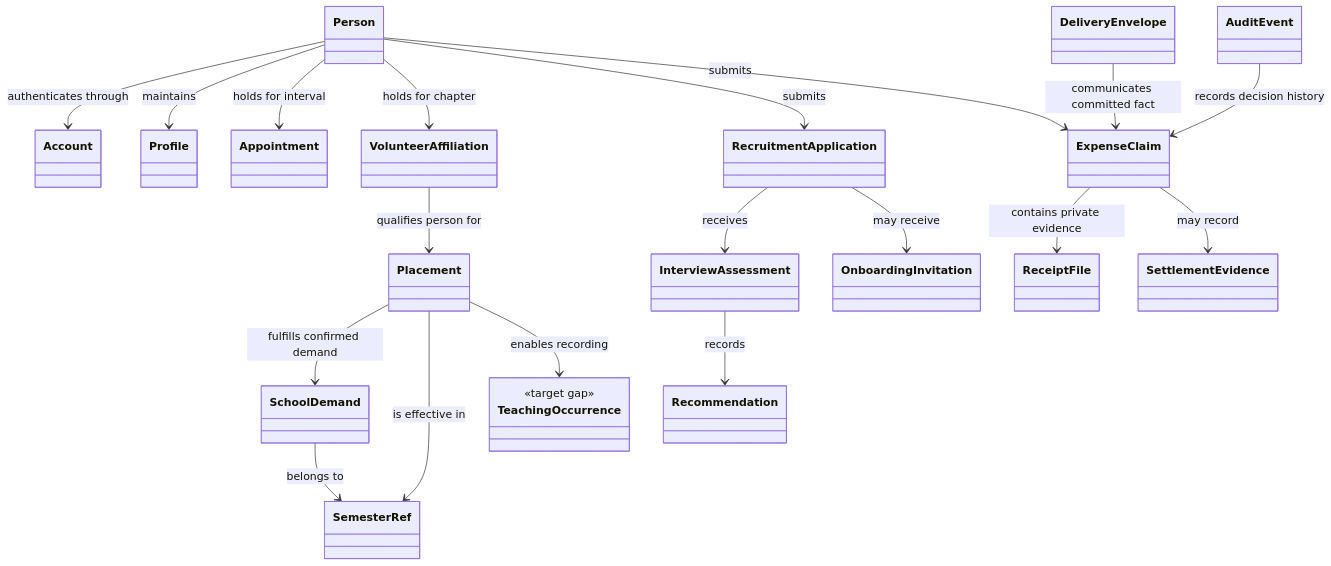
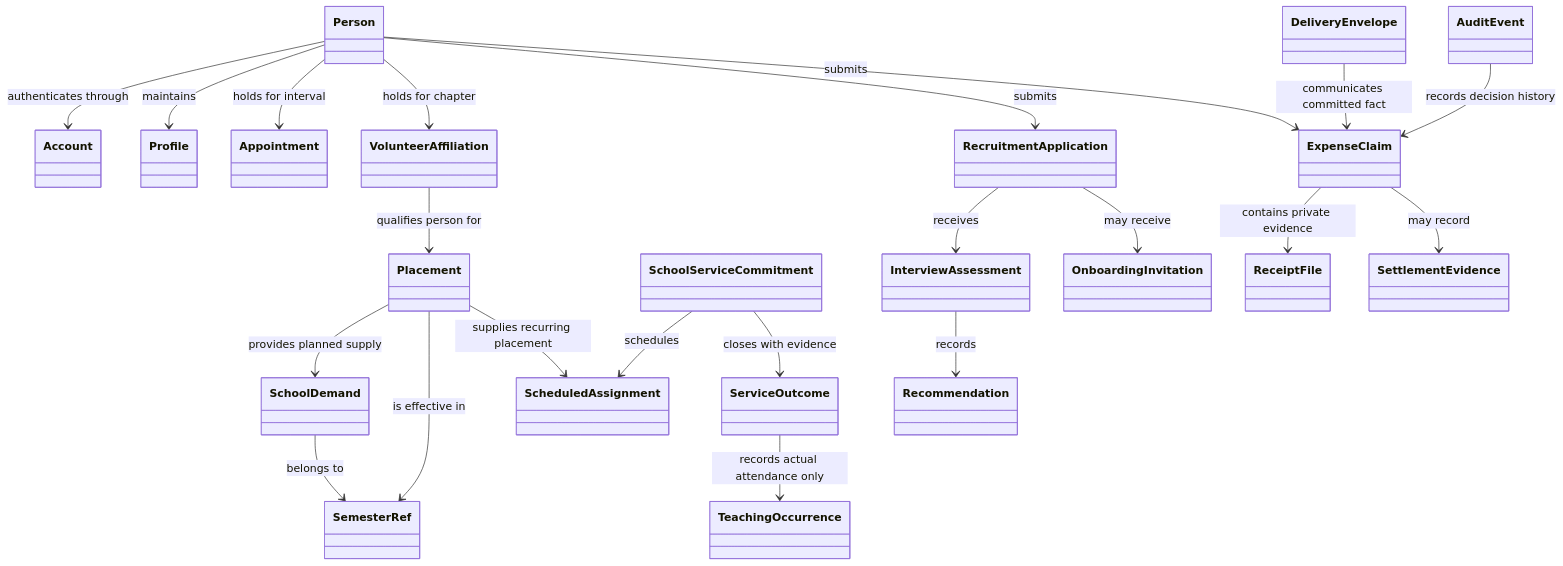
One commit to vektorprogrammet/mono-web changed the third of 13 diagrams in docs/enterprise-models.md. Above: the diagram before and after it, drawn with Mermaid. The commit also changed other lines of this file and 995 other files, not shown here.

````diff
--- a/docs/enterprise-models.md
+++ b/docs/enterprise-models.md
@@ -103,42 +103,46 @@
 ```mermaid
 classDiagram
   class Person
   class Account
   class Profile
   class Appointment
   class VolunteerAffiliation
   class Placement
   class SemesterRef
   class SchoolDemand
-  class TeachingOccurrence {
-    <<target gap>>
-  }
+  class SchoolServiceCommitment
+  class ScheduledAssignment
+  class ServiceOutcome
+  class TeachingOccurrence
   class RecruitmentApplication
   class InterviewAssessment
   class Recommendation
   class OnboardingInvitation
   class ExpenseClaim
   class ReceiptFile
   class SettlementEvidence
   class DeliveryEnvelope
   class AuditEvent
 
   Person --> Account : authenticates through
   Person --> Profile : maintains
   Person --> Appointment : holds for interval
   Person --> VolunteerAffiliation : holds for chapter
   VolunteerAffiliation --> Placement : qualifies person for
-  Placement --> SchoolDemand : fulfills confirmed demand
+  Placement --> SchoolDemand : provides planned supply
   Placement --> SemesterRef : is effective in
   SchoolDemand --> SemesterRef : belongs to
-  Placement --> TeachingOccurrence : enables recording
+  Placement --> ScheduledAssignment : supplies recurring placement
+  SchoolServiceCommitment --> ScheduledAssignment : schedules
+  SchoolServiceCommitment --> ServiceOutcome : closes with evidence
+  ServiceOutcome --> TeachingOccurrence : records actual attendance only
   Person --> RecruitmentApplication : submits
   RecruitmentApplication --> InterviewAssessment : receives
   InterviewAssessment --> Recommendation : records
   RecruitmentApplication --> OnboardingInvitation : may receive
   Person --> ExpenseClaim : submits
   ExpenseClaim --> ReceiptFile : contains private evidence
   ExpenseClaim --> SettlementEvidence : may record
   DeliveryEnvelope --> ExpenseClaim : communicates committed fact
   AuditEvent --> ExpenseClaim : records decision history
 ```
````
